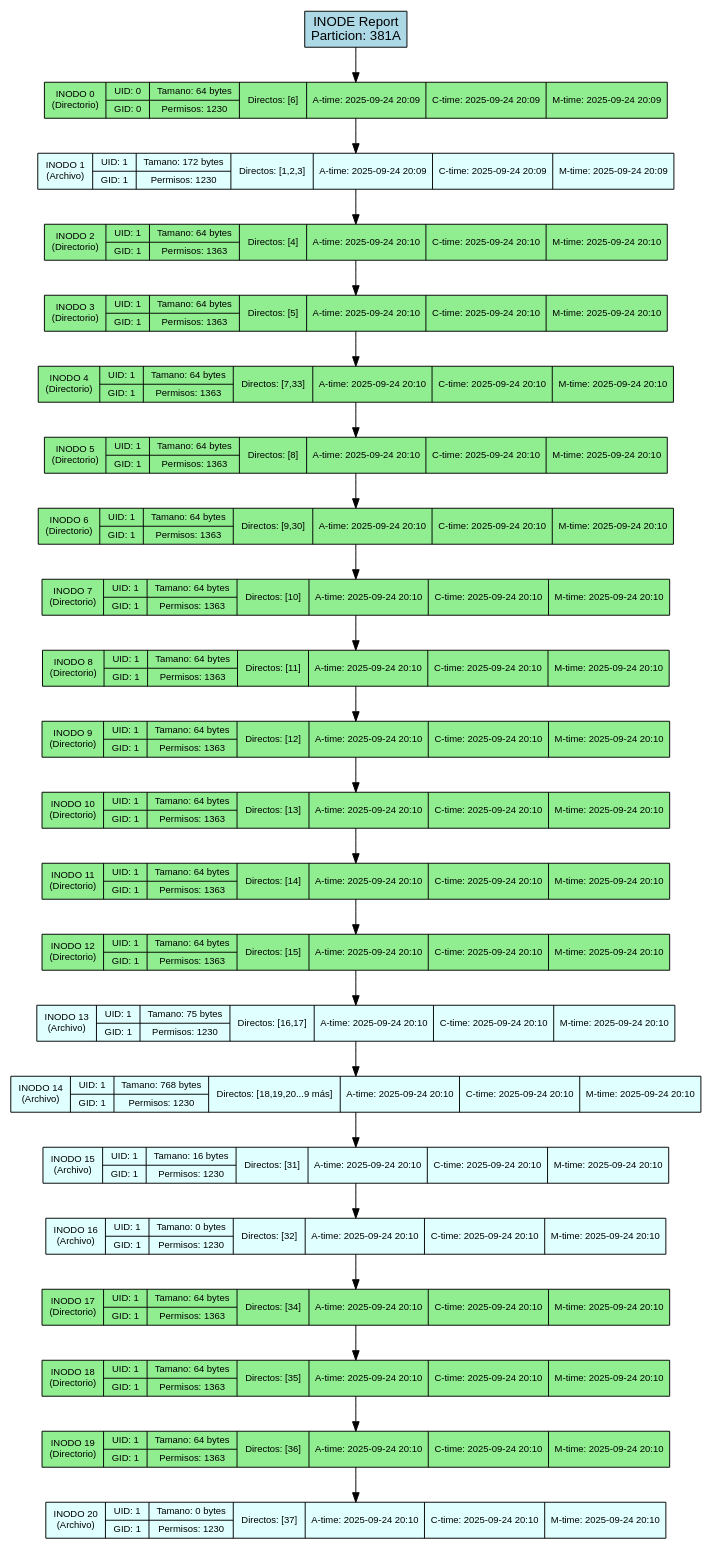
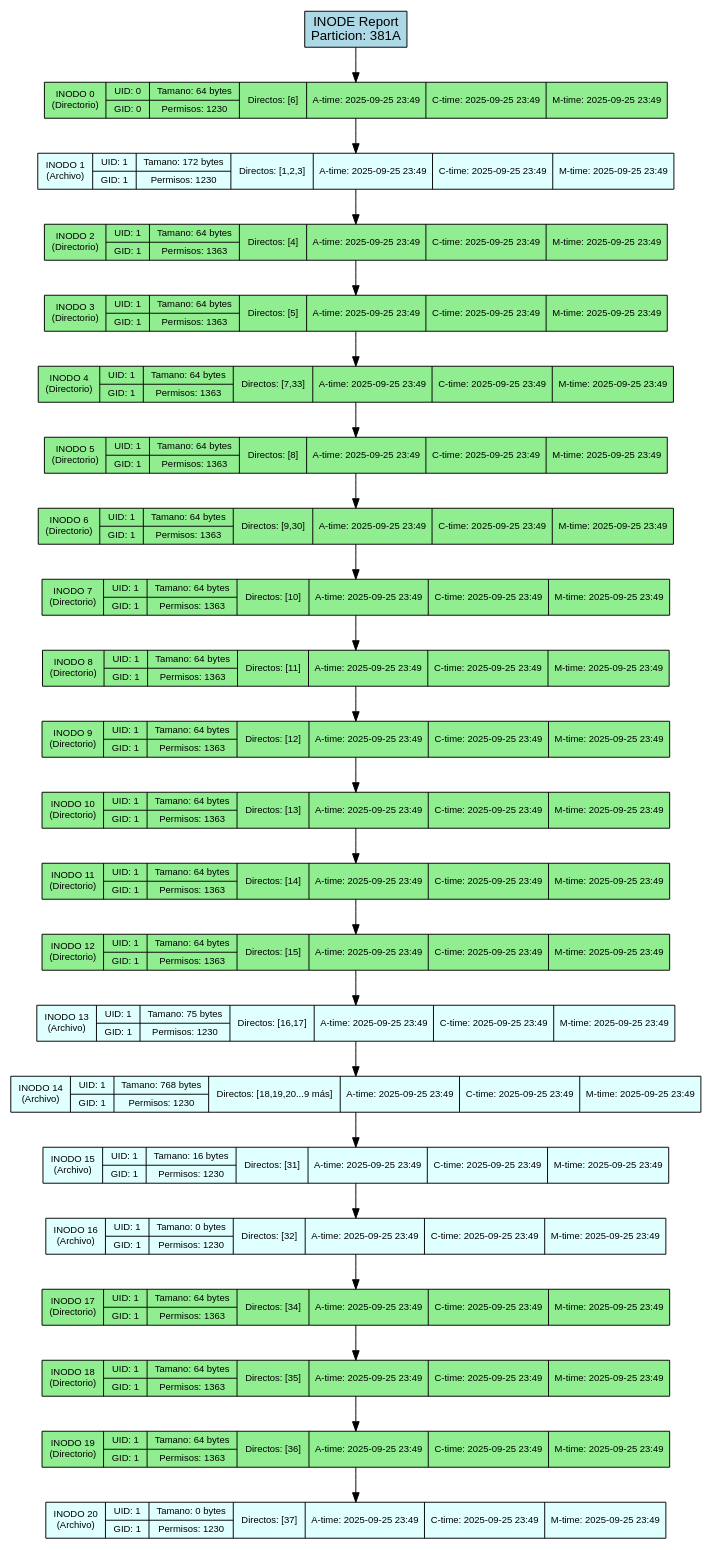
The diagram in backend/provider/reports/src/inode_381A.dot (DiegVas/MIA_2S2025_P2_202300638), drawn with Graphviz before and after one commit. The commit also changed 27 other files, not shown here.

```diff
--- a/backend/provider/reports/src/inode_381A.dot
+++ b/backend/provider/reports/src/inode_381A.dot
@@ -1,54 +1,54 @@
 digraph Inode_Report {
     rankdir=TB;
     node [shape=record, style=filled];
     graph [fontname="Arial", fontsize=12];
     node [fontname="Arial", fontsize=10];
     edge [fontname="Arial"];
 
     title [label="INODE Report\nParticion: 381A", fillcolor=lightblue, fontsize=14];
 
-    inode_0 [label="INODO 0\n(Directorio)|{UID: 0 | GID: 0}|{Tamano: 64 bytes | Permisos: 1230}|{Directos: [6]}|{A-time: 2025-09-24 20:09}|{C-time: 2025-09-24 20:09}|{M-time: 2025-09-24 20:09}", fillcolor=lightgreen];
-    inode_1 [label="INODO 1\n(Archivo)|{UID: 1 | GID: 1}|{Tamano: 172 bytes | Permisos: 1230}|{Directos: [1,2,3]}|{A-time: 2025-09-24 20:09}|{C-time: 2025-09-24 20:09}|{M-time: 2025-09-24 20:09}", fillcolor=lightcyan];
-    inode_2 [label="INODO 2\n(Directorio)|{UID: 1 | GID: 1}|{Tamano: 64 bytes | Permisos: 1363}|{Directos: [4]}|{A-time: 2025-09-24 20:10}|{C-time: 2025-09-24 20:10}|{M-time: 2025-09-24 20:10}", fillcolor=lightgreen];
-    inode_3 [label="INODO 3\n(Directorio)|{UID: 1 | GID: 1}|{Tamano: 64 bytes | Permisos: 1363}|{Directos: [5]}|{A-time: 2025-09-24 20:10}|{C-time: 2025-09-24 20:10}|{M-time: 2025-09-24 20:10}", fillcolor=lightgreen];
-    inode_4 [label="INODO 4\n(Directorio)|{UID: 1 | GID: 1}|{Tamano: 64 bytes | Permisos: 1363}|{Directos: [7,33]}|{A-time: 2025-09-24 20:10}|{C-time: 2025-09-24 20:10}|{M-time: 2025-09-24 20:10}", fillcolor=lightgreen];
-    inode_5 [label="INODO 5\n(Directorio)|{UID: 1 | GID: 1}|{Tamano: 64 bytes | Permisos: 1363}|{Directos: [8]}|{A-time: 2025-09-24 20:10}|{C-time: 2025-09-24 20:10}|{M-time: 2025-09-24 20:10}", fillcolor=lightgreen];
-    inode_6 [label="INODO 6\n(Directorio)|{UID: 1 | GID: 1}|{Tamano: 64 bytes | Permisos: 1363}|{Directos: [9,30]}|{A-time: 2025-09-24 20:10}|{C-time: 2025-09-24 20:10}|{M-time: 2025-09-24 20:10}", fillcolor=lightgreen];
-    inode_7 [label="INODO 7\n(Directorio)|{UID: 1 | GID: 1}|{Tamano: 64 bytes | Permisos: 1363}|{Directos: [10]}|{A-time: 2025-09-24 20:10}|{C-time: 2025-09-24 20:10}|{M-time: 2025-09-24 20:10}", fillcolor=lightgreen];
-    inode_8 [label="INODO 8\n(Directorio)|{UID: 1 | GID: 1}|{Tamano: 64 bytes | Permisos: 1363}|{Directos: [11]}|{A-time: 2025-09-24 20:10}|{C-time: 2025-09-24 20:10}|{M-time: 2025-09-24 20:10}", fillcolor=lightgreen];
-    inode_9 [label="INODO 9\n(Directorio)|{UID: 1 | GID: 1}|{Tamano: 64 bytes | Permisos: 1363}|{Directos: [12]}|{A-time: 2025-09-24 20:10}|{C-time: 2025-09-24 20:10}|{M-time: 2025-09-24 20:10}", fillcolor=lightgreen];
-    inode_10 [label="INODO 10\n(Directorio)|{UID: 1 | GID: 1}|{Tamano: 64 bytes | Permisos: 1363}|{Directos: [13]}|{A-time: 2025-09-24 20:10}|{C-time: 2025-09-24 20:10}|{M-time: 2025-09-24 20:10}", fillcolor=lightgreen];
-    inode_11 [label="INODO 11\n(Directorio)|{UID: 1 | GID: 1}|{Tamano: 64 bytes | Permisos: 1363}|{Directos: [14]}|{A-time: 2025-09-24 20:10}|{C-time: 2025-09-24 20:10}|{M-time: 2025-09-24 20:10}", fillcolor=lightgreen];
-    inode_12 [label="INODO 12\n(Directorio)|{UID: 1 | GID: 1}|{Tamano: 64 bytes | Permisos: 1363}|{Directos: [15]}|{A-time: 2025-09-24 20:10}|{C-time: 2025-09-24 20:10}|{M-time: 2025-09-24 20:10}", fillcolor=lightgreen];
-    inode_13 [label="INODO 13\n(Archivo)|{UID: 1 | GID: 1}|{Tamano: 75 bytes | Permisos: 1230}|{Directos: [16,17]}|{A-time: 2025-09-24 20:10}|{C-time: 2025-09-24 20:10}|{M-time: 2025-09-24 20:10}", fillcolor=lightcyan];
-    inode_14 [label="INODO 14\n(Archivo)|{UID: 1 | GID: 1}|{Tamano: 768 bytes | Permisos: 1230}|{Directos: [18,19,20...9 más]}|{A-time: 2025-09-24 20:10}|{C-time: 2025-09-24 20:10}|{M-time: 2025-09-24 20:10}", fillcolor=lightcyan];
-    inode_15 [label="INODO 15\n(Archivo)|{UID: 1 | GID: 1}|{Tamano: 16 bytes | Permisos: 1230}|{Directos: [31]}|{A-time: 2025-09-24 20:10}|{C-time: 2025-09-24 20:10}|{M-time: 2025-09-24 20:10}", fillcolor=lightcyan];
-    inode_16 [label="INODO 16\n(Archivo)|{UID: 1 | GID: 1}|{Tamano: 0 bytes | Permisos: 1230}|{Directos: [32]}|{A-time: 2025-09-24 20:10}|{C-time: 2025-09-24 20:10}|{M-time: 2025-09-24 20:10}", fillcolor=lightcyan];
-    inode_17 [label="INODO 17\n(Directorio)|{UID: 1 | GID: 1}|{Tamano: 64 bytes | Permisos: 1363}|{Directos: [34]}|{A-time: 2025-09-24 20:10}|{C-time: 2025-09-24 20:10}|{M-time: 2025-09-24 20:10}", fillcolor=lightgreen];
-    inode_18 [label="INODO 18\n(Directorio)|{UID: 1 | GID: 1}|{Tamano: 64 bytes | Permisos: 1363}|{Directos: [35]}|{A-time: 2025-09-24 20:10}|{C-time: 2025-09-24 20:10}|{M-time: 2025-09-24 20:10}", fillcolor=lightgreen];
-    inode_19 [label="INODO 19\n(Directorio)|{UID: 1 | GID: 1}|{Tamano: 64 bytes | Permisos: 1363}|{Directos: [36]}|{A-time: 2025-09-24 20:10}|{C-time: 2025-09-24 20:10}|{M-time: 2025-09-24 20:10}", fillcolor=lightgreen];
-    inode_20 [label="INODO 20\n(Archivo)|{UID: 1 | GID: 1}|{Tamano: 0 bytes | Permisos: 1230}|{Directos: [37]}|{A-time: 2025-09-24 20:10}|{C-time: 2025-09-24 20:10}|{M-time: 2025-09-24 20:10}", fillcolor=lightcyan];
+    inode_0 [label="INODO 0\n(Directorio)|{UID: 0 | GID: 0}|{Tamano: 64 bytes | Permisos: 1230}|{Directos: [6]}|{A-time: 2025-09-25 23:49}|{C-time: 2025-09-25 23:49}|{M-time: 2025-09-25 23:49}", fillcolor=lightgreen];
+    inode_1 [label="INODO 1\n(Archivo)|{UID: 1 | GID: 1}|{Tamano: 172 bytes | Permisos: 1230}|{Directos: [1,2,3]}|{A-time: 2025-09-25 23:49}|{C-time: 2025-09-25 23:49}|{M-time: 2025-09-25 23:49}", fillcolor=lightcyan];
+    inode_2 [label="INODO 2\n(Directorio)|{UID: 1 | GID: 1}|{Tamano: 64 bytes | Permisos: 1363}|{Directos: [4]}|{A-time: 2025-09-25 23:49}|{C-time: 2025-09-25 23:49}|{M-time: 2025-09-25 23:49}", fillcolor=lightgreen];
+    inode_3 [label="INODO 3\n(Directorio)|{UID: 1 | GID: 1}|{Tamano: 64 bytes | Permisos: 1363}|{Directos: [5]}|{A-time: 2025-09-25 23:49}|{C-time: 2025-09-25 23:49}|{M-time: 2025-09-25 23:49}", fillcolor=lightgreen];
+    inode_4 [label="INODO 4\n(Directorio)|{UID: 1 | GID: 1}|{Tamano: 64 bytes | Permisos: 1363}|{Directos: [7,33]}|{A-time: 2025-09-25 23:49}|{C-time: 2025-09-25 23:49}|{M-time: 2025-09-25 23:49}", fillcolor=lightgreen];
+    inode_5 [label="INODO 5\n(Directorio)|{UID: 1 | GID: 1}|{Tamano: 64 bytes | Permisos: 1363}|{Directos: [8]}|{A-time: 2025-09-25 23:49}|{C-time: 2025-09-25 23:49}|{M-time: 2025-09-25 23:49}", fillcolor=lightgreen];
+    inode_6 [label="INODO 6\n(Directorio)|{UID: 1 | GID: 1}|{Tamano: 64 bytes | Permisos: 1363}|{Directos: [9,30]}|{A-time: 2025-09-25 23:49}|{C-time: 2025-09-25 23:49}|{M-time: 2025-09-25 23:49}", fillcolor=lightgreen];
+    inode_7 [label="INODO 7\n(Directorio)|{UID: 1 | GID: 1}|{Tamano: 64 bytes | Permisos: 1363}|{Directos: [10]}|{A-time: 2025-09-25 23:49}|{C-time: 2025-09-25 23:49}|{M-time: 2025-09-25 23:49}", fillcolor=lightgreen];
+    inode_8 [label="INODO 8\n(Directorio)|{UID: 1 | GID: 1}|{Tamano: 64 bytes | Permisos: 1363}|{Directos: [11]}|{A-time: 2025-09-25 23:49}|{C-time: 2025-09-25 23:49}|{M-time: 2025-09-25 23:49}", fillcolor=lightgreen];
+    inode_9 [label="INODO 9\n(Directorio)|{UID: 1 | GID: 1}|{Tamano: 64 bytes | Permisos: 1363}|{Directos: [12]}|{A-time: 2025-09-25 23:49}|{C-time: 2025-09-25 23:49}|{M-time: 2025-09-25 23:49}", fillcolor=lightgreen];
+    inode_10 [label="INODO 10\n(Directorio)|{UID: 1 | GID: 1}|{Tamano: 64 bytes | Permisos: 1363}|{Directos: [13]}|{A-time: 2025-09-25 23:49}|{C-time: 2025-09-25 23:49}|{M-time: 2025-09-25 23:49}", fillcolor=lightgreen];
+    inode_11 [label="INODO 11\n(Directorio)|{UID: 1 | GID: 1}|{Tamano: 64 bytes | Permisos: 1363}|{Directos: [14]}|{A-time: 2025-09-25 23:49}|{C-time: 2025-09-25 23:49}|{M-time: 2025-09-25 23:49}", fillcolor=lightgreen];
+    inode_12 [label="INODO 12\n(Directorio)|{UID: 1 | GID: 1}|{Tamano: 64 bytes | Permisos: 1363}|{Directos: [15]}|{A-time: 2025-09-25 23:49}|{C-time: 2025-09-25 23:49}|{M-time: 2025-09-25 23:49}", fillcolor=lightgreen];
+    inode_13 [label="INODO 13\n(Archivo)|{UID: 1 | GID: 1}|{Tamano: 75 bytes | Permisos: 1230}|{Directos: [16,17]}|{A-time: 2025-09-25 23:49}|{C-time: 2025-09-25 23:49}|{M-time: 2025-09-25 23:49}", fillcolor=lightcyan];
+    inode_14 [label="INODO 14\n(Archivo)|{UID: 1 | GID: 1}|{Tamano: 768 bytes | Permisos: 1230}|{Directos: [18,19,20...9 más]}|{A-time: 2025-09-25 23:49}|{C-time: 2025-09-25 23:49}|{M-time: 2025-09-25 23:49}", fillcolor=lightcyan];
+    inode_15 [label="INODO 15\n(Archivo)|{UID: 1 | GID: 1}|{Tamano: 16 bytes | Permisos: 1230}|{Directos: [31]}|{A-time: 2025-09-25 23:49}|{C-time: 2025-09-25 23:49}|{M-time: 2025-09-25 23:49}", fillcolor=lightcyan];
+    inode_16 [label="INODO 16\n(Archivo)|{UID: 1 | GID: 1}|{Tamano: 0 bytes | Permisos: 1230}|{Directos: [32]}|{A-time: 2025-09-25 23:49}|{C-time: 2025-09-25 23:49}|{M-time: 2025-09-25 23:49}", fillcolor=lightcyan];
+    inode_17 [label="INODO 17\n(Directorio)|{UID: 1 | GID: 1}|{Tamano: 64 bytes | Permisos: 1363}|{Directos: [34]}|{A-time: 2025-09-25 23:49}|{C-time: 2025-09-25 23:49}|{M-time: 2025-09-25 23:49}", fillcolor=lightgreen];
+    inode_18 [label="INODO 18\n(Directorio)|{UID: 1 | GID: 1}|{Tamano: 64 bytes | Permisos: 1363}|{Directos: [35]}|{A-time: 2025-09-25 23:49}|{C-time: 2025-09-25 23:49}|{M-time: 2025-09-25 23:49}", fillcolor=lightgreen];
+    inode_19 [label="INODO 19\n(Directorio)|{UID: 1 | GID: 1}|{Tamano: 64 bytes | Permisos: 1363}|{Directos: [36]}|{A-time: 2025-09-25 23:49}|{C-time: 2025-09-25 23:49}|{M-time: 2025-09-25 23:49}", fillcolor=lightgreen];
+    inode_20 [label="INODO 20\n(Archivo)|{UID: 1 | GID: 1}|{Tamano: 0 bytes | Permisos: 1230}|{Directos: [37]}|{A-time: 2025-09-25 23:49}|{C-time: 2025-09-25 23:49}|{M-time: 2025-09-25 23:49}", fillcolor=lightcyan];
 
     // Conexiones de la lista enlazada
     title -> inode_0;
     inode_0 -> inode_1;
     inode_1 -> inode_2;
     inode_2 -> inode_3;
     inode_3 -> inode_4;
     inode_4 -> inode_5;
     inode_5 -> inode_6;
     inode_6 -> inode_7;
     inode_7 -> inode_8;
     inode_8 -> inode_9;
     inode_9 -> inode_10;
     inode_10 -> inode_11;
     inode_11 -> inode_12;
     inode_12 -> inode_13;
     inode_13 -> inode_14;
     inode_14 -> inode_15;
     inode_15 -> inode_16;
     inode_16 -> inode_17;
     inode_17 -> inode_18;
     inode_18 -> inode_19;
     inode_19 -> inode_20;
 }
```
